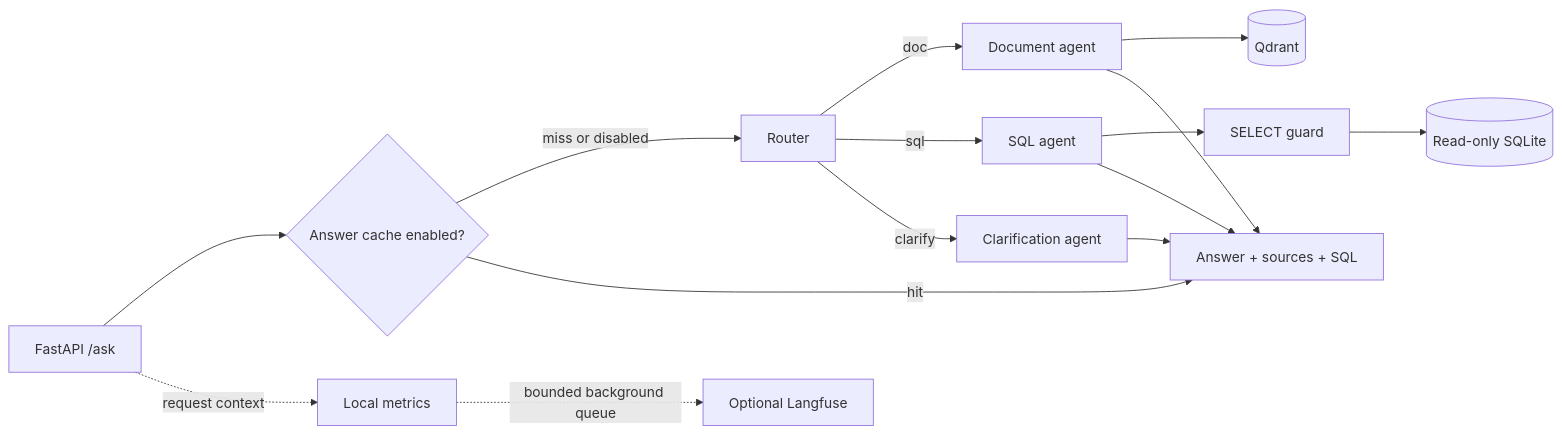
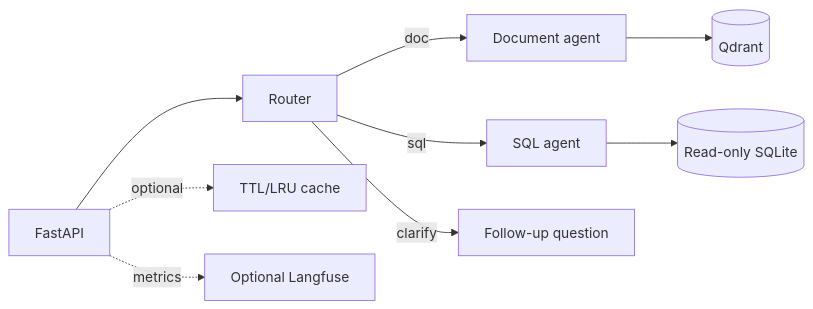
The diagram in README.md (RaafidAfraazG/Enterprise-Knowledge-Agent), drawn with Mermaid before and after one commit. The commit also changed other lines of this file and 1 other file, not shown here.

````diff
--- a/README.md
+++ b/README.md
@@ -32,17 +26,11 @@
 ```mermaid
 flowchart LR
-    API[FastAPI /ask] --> Cache{Answer cache enabled?}
-    Cache -->|miss or disabled| Router[Router]
-    Cache -->|hit| Answer[Answer + sources + SQL]
+    API[FastAPI] --> Router[Router]
     Router -->|doc| Doc[Document agent]
     Router -->|sql| SQL[SQL agent]
-    Router -->|clarify| Clarify[Clarification agent]
+    Router -->|clarify| Clarify[Follow-up question]
     Doc --> Qdrant[(Qdrant)]
-    SQL --> Guard[SELECT guard]
-    Guard --> SQLite[(Read-only SQLite)]
-    Doc --> Answer
-    SQL --> Answer
-    Clarify --> Answer
-    API -. request context .-> Metrics[Local metrics]
-    Metrics -. bounded background queue .-> Langfuse[Optional Langfuse]
+    SQL --> SQLite[(Read-only SQLite)]
+    API -. optional .-> Cache[TTL/LRU cache]
+    API -. metrics .-> Tracing[Optional Langfuse]
 ```
````
